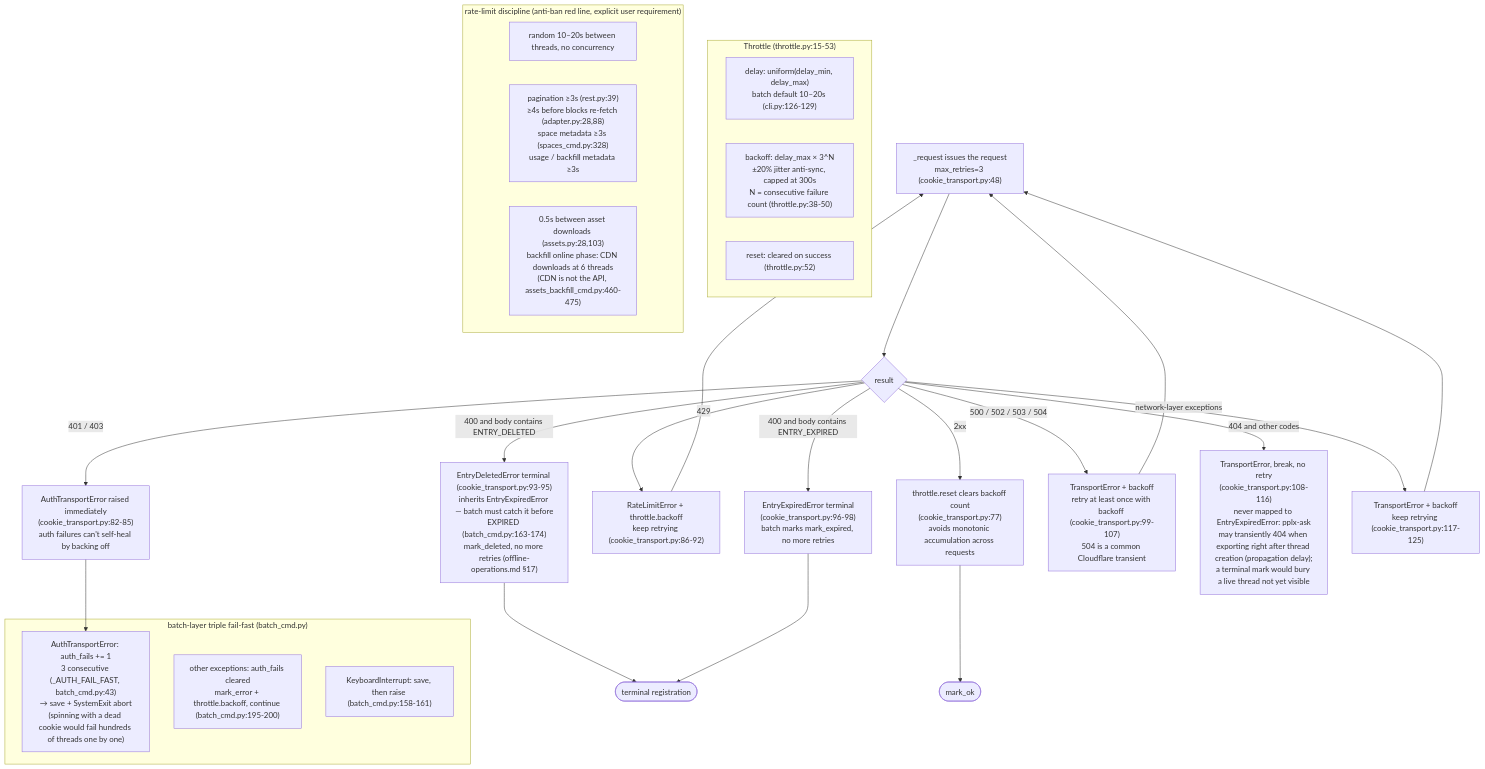
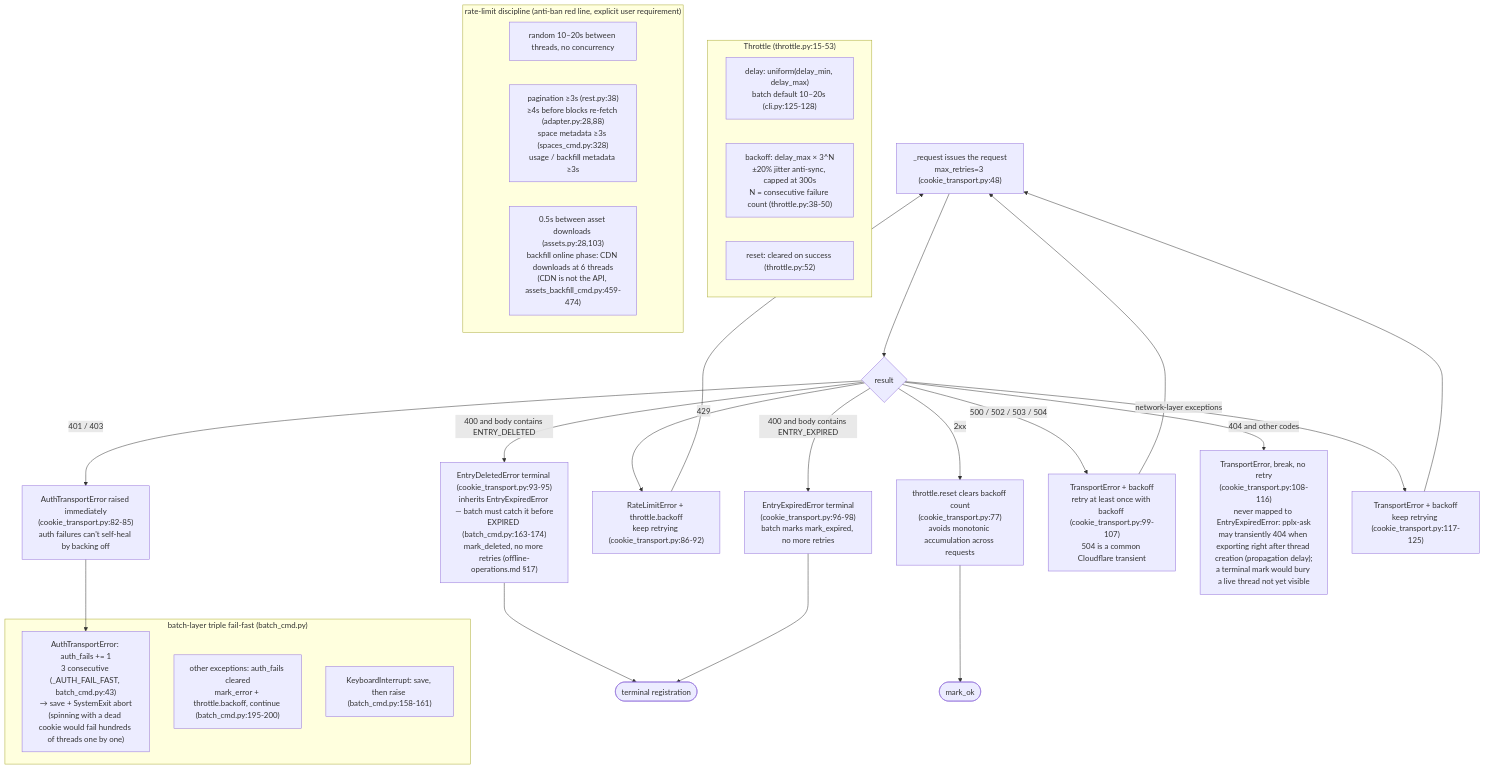
Before and after one commit to Yiksing/pplx-tools: the diagram in docs/architecture/rate-limiting-errors.md, drawn with Mermaid. The commit also changed other lines of this file and 54 other files, not shown here.

````diff
--- a/docs/architecture/rate-limiting-errors.md
+++ b/docs/architecture/rate-limiting-errors.md
@@ -8,38 +8,38 @@
 ```mermaid
 flowchart TD
     REQ["_request issues the request<br/>max_retries=3 (cookie_transport.py:48)"] --> R{result}
     R -->|"2xx"| OK["throttle.reset clears backoff count<br/>(cookie_transport.py:77)<br/>avoids monotonic accumulation across requests"]
     R -->|"401 / 403"| AUTH["AuthTransportError raised immediately<br/>(cookie_transport.py:82-85)<br/>auth failures can't self-heal by backing off"]
     R -->|"429"| RL["RateLimitError + throttle.backoff<br/>keep retrying (cookie_transport.py:86-92)"]
     R -->|"400 and body contains ENTRY_DELETED"| DEL["EntryDeletedError terminal (cookie_transport.py:93-95)<br/>inherits EntryExpiredError — batch must catch it before<br/>EXPIRED (batch_cmd.py:163-174)<br/>mark_deleted, no more retries (offline-operations.md §17)"]
     R -->|"400 and body contains ENTRY_EXPIRED"| EXP["EntryExpiredError terminal<br/>(cookie_transport.py:96-98)<br/>batch marks mark_expired, no more retries"]
     R -->|"500 / 502 / 503 / 504"| S5["TransportError + backoff<br/>retry at least once with backoff (cookie_transport.py:99-107)<br/>504 is a common Cloudflare transient"]
     R -->|"404 and other codes"| NF["TransportError, break, no retry<br/>(cookie_transport.py:108-116)<br/>never mapped to EntryExpiredError: pplx-ask<br/>may transiently 404 when exporting right after thread creation (propagation delay);<br/>a terminal mark would bury a live thread not yet visible"]
     R -->|"network-layer exceptions"| NET["TransportError + backoff<br/>keep retrying (cookie_transport.py:117-125)"]
     RL --> REQ
     S5 --> REQ
     NET --> REQ
 
     subgraph THR["Throttle (throttle.py:15-53)"]
-        D1["delay: uniform(delay_min, delay_max)<br/>batch default 10–20s (cli.py:126-129)"]
+        D1["delay: uniform(delay_min, delay_max)<br/>batch default 10–20s (cli.py:125-128)"]
         D2["backoff: delay_max × 3^N<br/>±20% jitter anti-sync, capped at 300s<br/>N = consecutive failure count (throttle.py:38-50)"]
         D3["reset: cleared on success (throttle.py:52)"]
     end
 
     subgraph BF["batch-layer triple fail-fast (batch_cmd.py)"]
         F1["AuthTransportError: auth_fails += 1<br/>3 consecutive (_AUTH_FAIL_FAST, batch_cmd.py:43)<br/>→ save + SystemExit abort<br/>(spinning with a dead cookie would fail hundreds of threads one by one)"]
         F2["other exceptions: auth_fails cleared<br/>mark_error + throttle.backoff, continue (batch_cmd.py:195-200)"]
         F3["KeyboardInterrupt: save, then raise (batch_cmd.py:158-161)"]
     end
 
     AUTH --> F1
     DEL --> DONE1
     EXP --> DONE1(["terminal registration"])
     OK --> DONE2(["mark_ok"])
 
     subgraph LIM["rate-limit discipline (anti-ban red line, explicit user requirement)"]
         L1["random 10–20s between threads, no concurrency"]
-        L2["pagination ≥3s (rest.py:39)<br/>≥4s before blocks re-fetch (adapter.py:28,88)<br/>space metadata ≥3s (spaces_cmd.py:328)<br/>usage / backfill metadata ≥3s"]
-        L3["0.5s between asset downloads (assets.py:28,103)<br/>backfill online phase: CDN downloads at 6 threads<br/>(CDN is not the API, assets_backfill_cmd.py:460-475)"]
+        L2["pagination ≥3s (rest.py:38)<br/>≥4s before blocks re-fetch (adapter.py:28,88)<br/>space metadata ≥3s (spaces_cmd.py:328)<br/>usage / backfill metadata ≥3s"]
+        L3["0.5s between asset downloads (assets.py:28,103)<br/>backfill online phase: CDN downloads at 6 threads<br/>(CDN is not the API, assets_backfill_cmd.py:459-474)"]
     end
 ```
````
